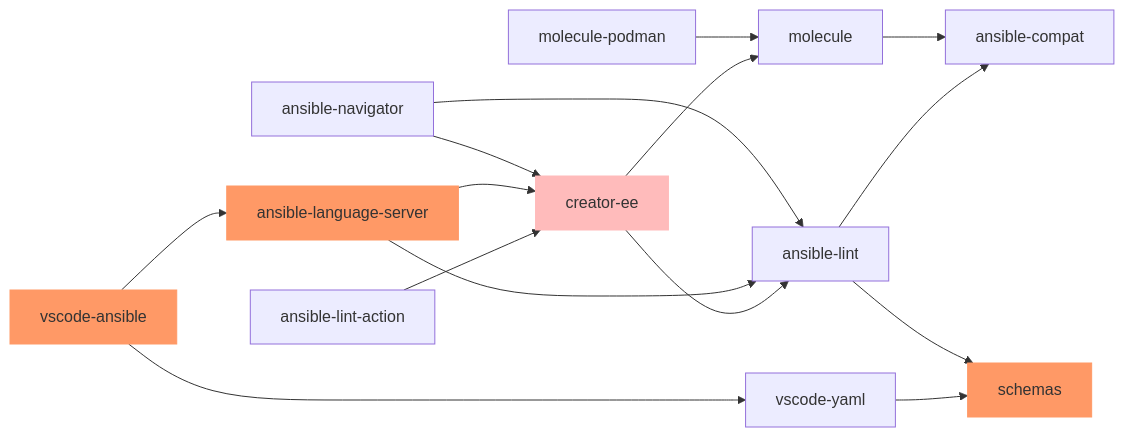
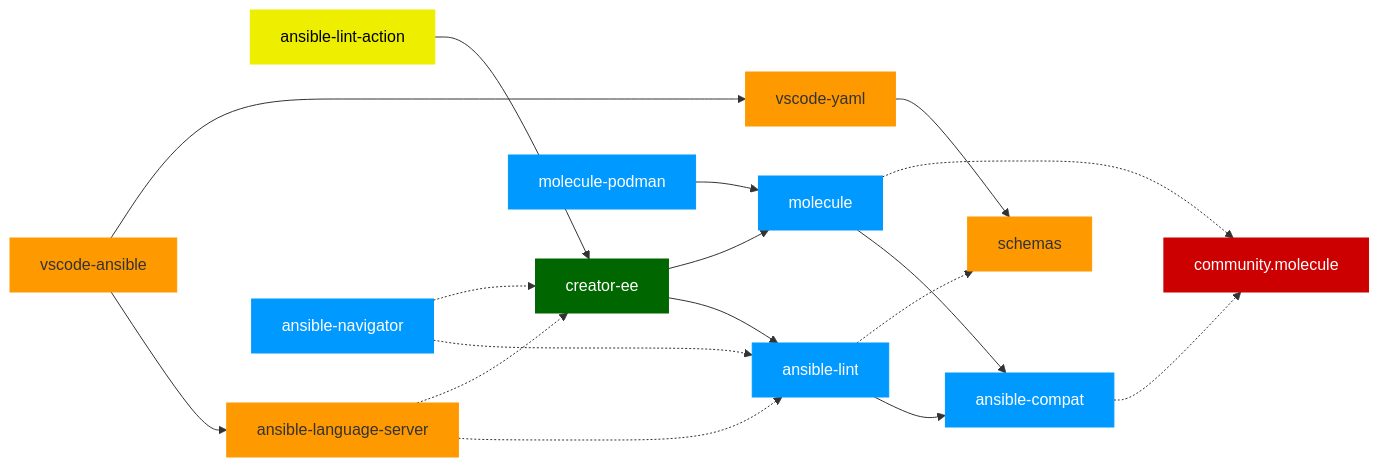
The diagram in README.md (ansible/team-devtools), drawn with Mermaid before and after one commit. The commit also changed other lines of this file, not shown here.

````diff
--- a/README.md
+++ b/README.md
@@ -6,36 +7,52 @@
 ```mermaid
 graph LR;
 
-  classDef typescriptclass fill:#f96,stroke:#f96,color:#333;
-  classDef containerclass fill:#fbb,stroke:#fbb,color:#333;
+  classDef tsclass fill:#f90,stroke:#f90,color:#333;
+  classDef containerclass fill:#060,stroke:#060,color:#fff;
   classDef thirdpartyclass fill:#9f6,stroke:#9f6,color:#333;
+  classDef collectionclass fill:#c00,stroke:#c00,color:#fff;
+  classDef pyclass fill:#09f,stroke:#09f,color:#fff;
+  classDef ghaclass fill:#ee0,stroke:#ee0,color:#000;
+  
 
   ansible-lint-action --> creator-ee;
   creator-ee --> ansible-lint;
 
   ansible-lint --> ansible-compat;
+  ansible-compat -.-> community.molecule;
   molecule --> ansible-compat;
+  molecule -.-> community.molecule:::collectionclass;
   creator-ee:::containerclass --> molecule;
-  vscode-ansible:::typescriptclass --> ansible-language-server;
-vscode-ansible:::typescriptclass --> vscode-yaml;
-  ansible-language-server:::typescriptclass --> ansible-lint;
-  ansible-language-server --> creator-ee;
+  vscode-ansible:::tsclass --> ansible-language-server;
+vscode-ansible:::tsclass --> vscode-yaml;
+  ansible-language-server:::typescriptclass -.-> ansible-lint;
+  ansible-language-server -.-> creator-ee;
 
   molecule-podman --> molecule;
   vscode-yaml --> schemas:::typescriptclass;
-  ansible-lint --> schemas;
-  ansible-navigator --> ansible-lint;
-  ansible-navigator --> creator-ee;
+  ansible-lint -.-> schemas;
+  ansible-navigator -.-> ansible-lint;
+  ansible-navigator -.-> creator-ee;
 
+ ansible-lint:::pyclass;
+ ansible-compat:::pyclass;
+ molecule:::pyclass;
+ molecule-podman:::pyclass;
+ ansible-navigator:::pyclass;
+ ansible-language-server:::tsclass;
+ vscode-yaml:::tsclass;
+ schemas:::tsclass;
+ ansible-lint-action:::ghaclass;
  click ansible-lint-action href "https://github.com/ansible-community/ansible-lint-action"
+ click community.molecule "https://github.com/ansible-collections/community.molecule"
  click molecule href "https://github.com/ansible-community/molecule"
  click molecule-podman href "https://github.com/ansible-community/molecule-podman"
  click schemas href "https://github.com/ansible-community/schemas"
  click creator-ee href "https://github.com/ansible/creator-ee"
  click ansible-lint href "https://github.com/ansible/ansible-lint"
  click ansible-compat href "https://github.com/ansible/ansible-compat"
  click ansible-navigator href "https://github.com/ansible/ansible-navigator"
  click ansible-language-server href "https://github.com/ansible/ansible-language-server"
  click vscode-ansible href "https://github.com/ansible/vscode-ansible"
  click vscode-yaml href "https://github.com/redhat-developer/vscode-yaml"
 ```
````
